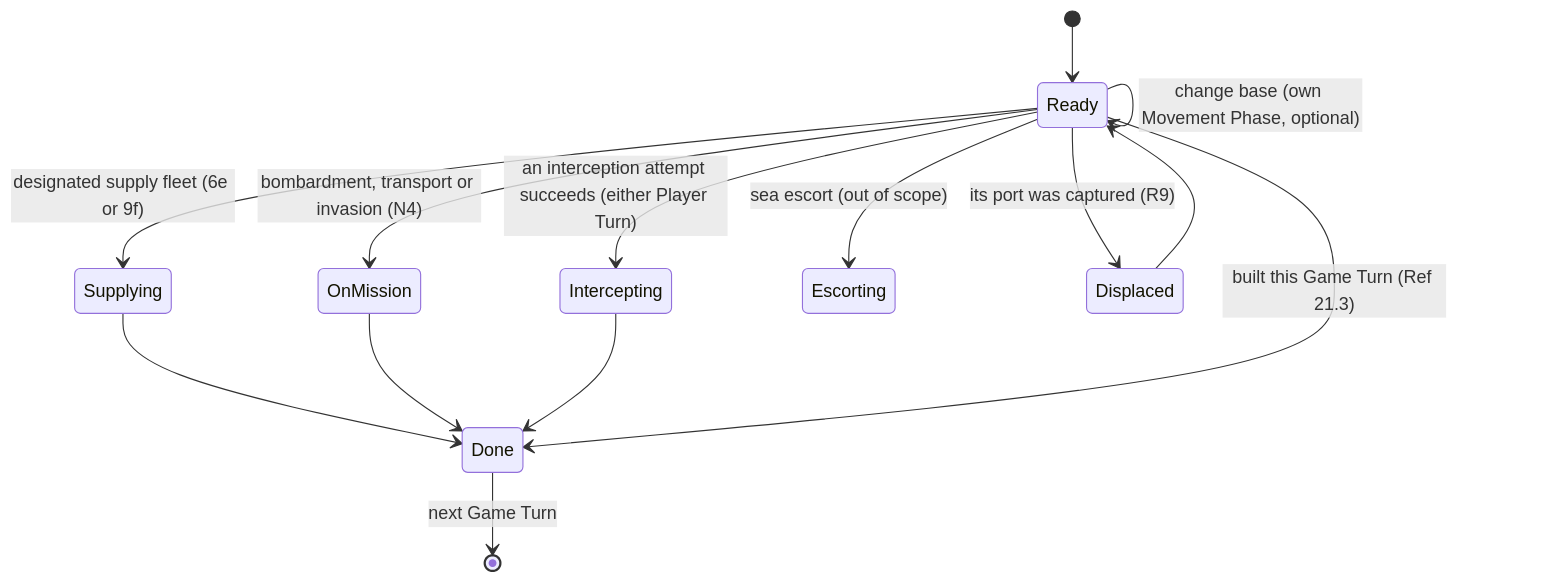
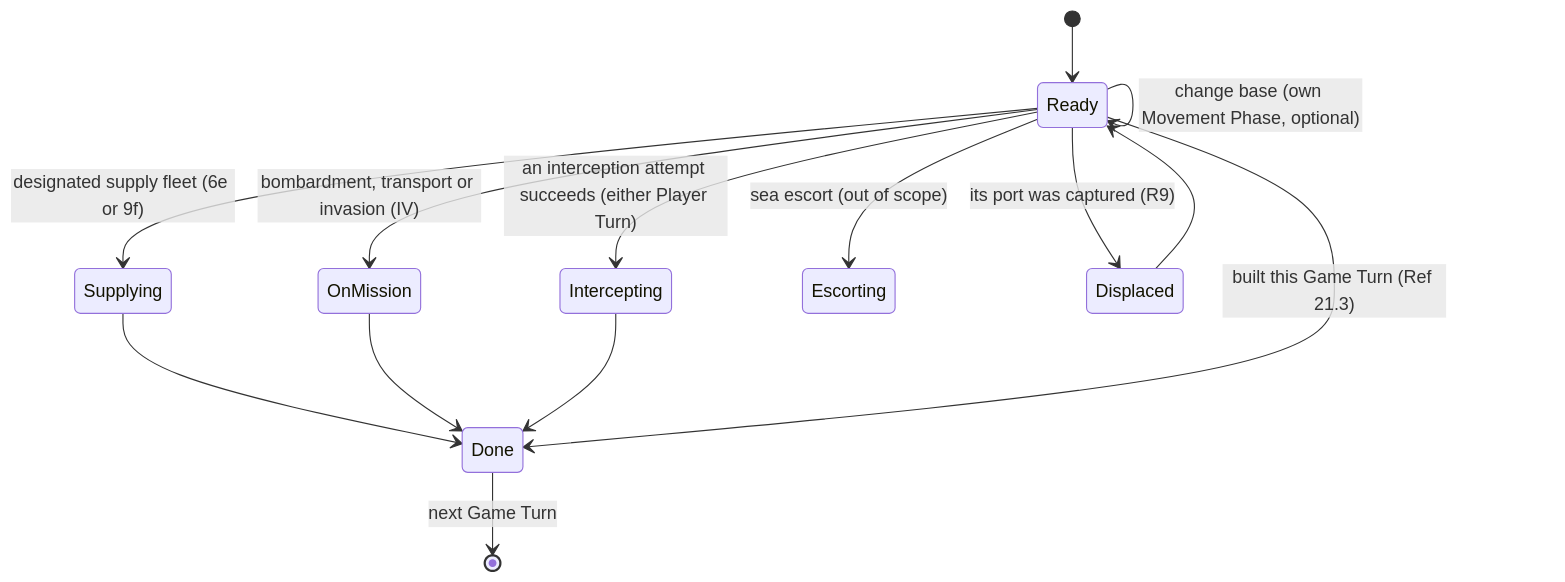
Before and after one commit to Fr3nchyz/3reich: the second of 3 diagrams in docs/specs/12-fleets-naval.md, drawn with Mermaid. The commit also changed other lines of this file and 3 other files, not shown here.

````diff
--- a/docs/specs/12-fleets-naval.md
+++ b/docs/specs/12-fleets-naval.md
@@ -102,16 +102,16 @@
 ```mermaid
 stateDiagram-v2
   [*] --> Ready
   Ready --> Ready: change base (own Movement Phase, optional)
   Ready --> Supplying: designated supply fleet (6e or 9f)
-  Ready --> OnMission: bombardment, transport or invasion (N4)
+  Ready --> OnMission: bombardment, transport or invasion (IV)
   Ready --> Intercepting: an interception attempt succeeds (either Player Turn)
   Ready --> Escorting: sea escort (out of scope)
   Supplying --> Done
   OnMission --> Done
   Intercepting --> Done
   Ready --> Done: built this Game Turn (Ref 21.3)
   Ready --> Displaced: its port was captured (R9)
   Displaced --> Ready
   Done --> [*]: next Game Turn
 ```
````
